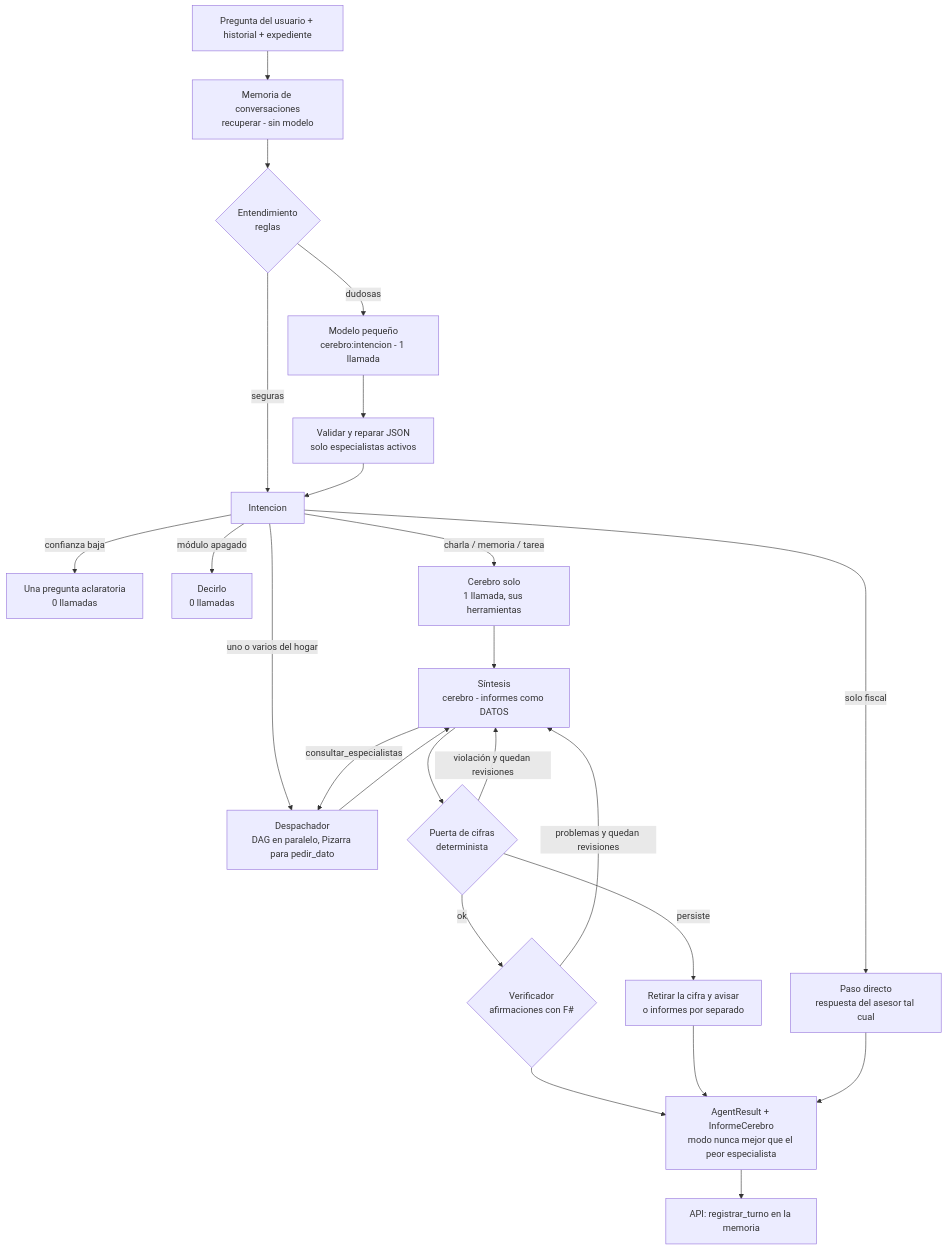
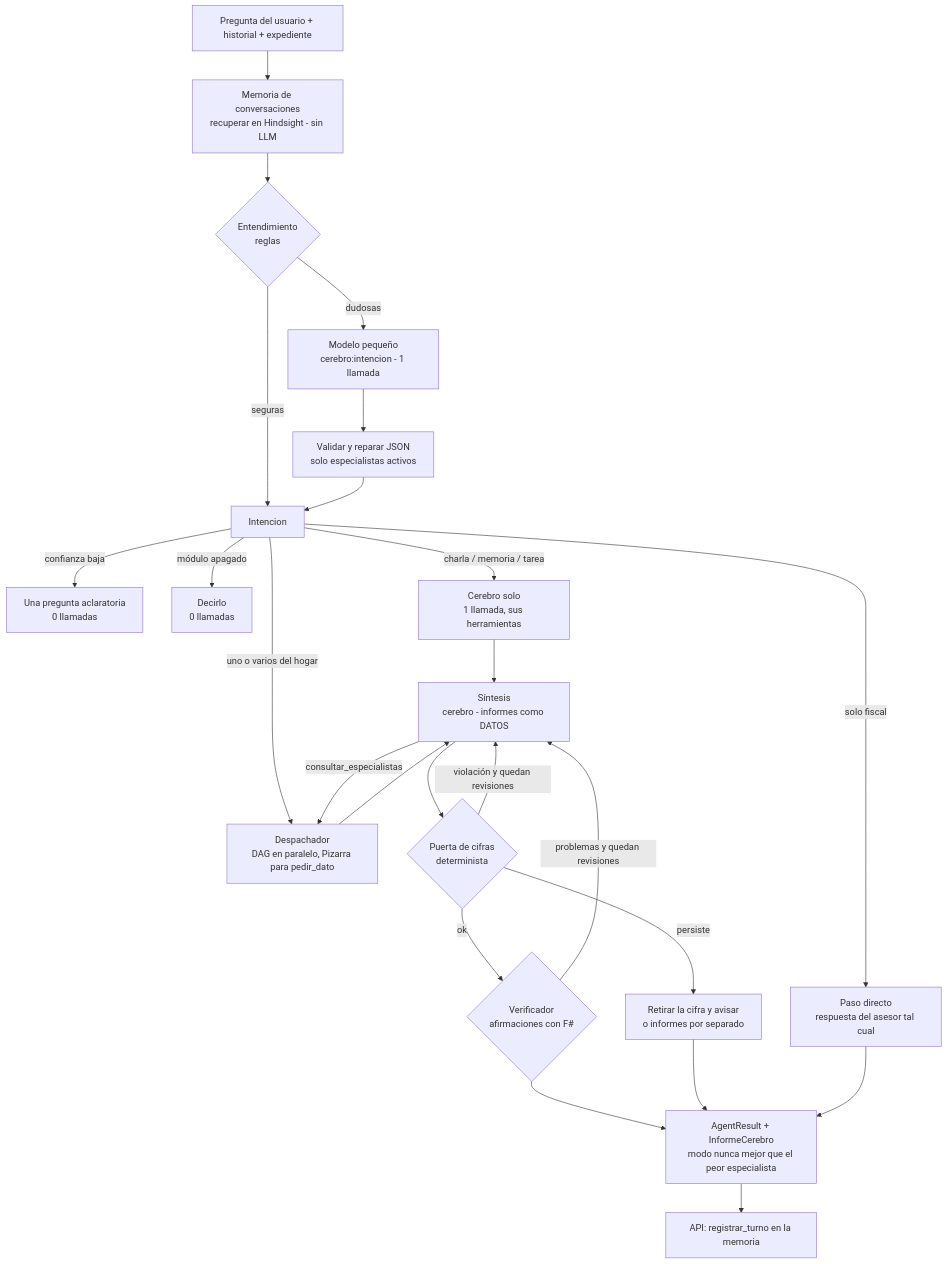
One commit to DioCrafts/cerebro-agentes changed the diagram in docs/cerebro/arquitectura.md. Above: the diagram before and after it, drawn with Mermaid. The commit also changed other lines of this file and 80 other files, not shown here.

First line of the commit message:
Sustituye la memoria de conversaciones por Hindsight

````diff
--- a/docs/cerebro/arquitectura.md
+++ b/docs/cerebro/arquitectura.md
@@ -29,26 +29,26 @@
 ```mermaid
 flowchart TD
-    Q[Pregunta del usuario + historial + expediente] --> M[Memoria de conversaciones<br/>recuperar - sin modelo]
+    Q[Pregunta del usuario + historial + expediente] --> M[Memoria de conversaciones<br/>recuperar en Hindsight - sin LLM]
     M --> I{Entendimiento<br/>reglas}
     I -- seguras --> P[Intencion]
     I -- dudosas --> IM[Modelo pequeño<br/>cerebro:intencion - 1 llamada]
     IM --> V[Validar y reparar JSON<br/>solo especialistas activos]
     V --> P
     P -- confianza baja --> A[Una pregunta aclaratoria<br/>0 llamadas]
     P -- módulo apagado --> F[Decirlo<br/>0 llamadas]
     P -- charla / memoria / tarea --> D[Cerebro solo<br/>1 llamada, sus herramientas]
     P -- solo fiscal --> PD[Paso directo<br/>respuesta del asesor tal cual]
     P -- uno o varios del hogar --> R[Despachador<br/>DAG en paralelo, Pizarra para pedir_dato]
     R --> S[Síntesis<br/>cerebro - informes como DATOS]
     D --> S
     S -- consultar_especialistas --> R
     S --> G1{Puerta de cifras<br/>determinista}
     G1 -- violación y quedan revisiones --> S
     G1 -- ok --> G2{Verificador<br/>afirmaciones con F#}
     G2 -- problemas y quedan revisiones --> S
     G2 --> FIN[AgentResult + InformeCerebro<br/>modo nunca mejor que el peor especialista]
     G1 -- persiste --> RET[Retirar la cifra y avisar<br/>o informes por separado]
     RET --> FIN
     PD --> FIN
     FIN --> MEM[API: registrar_turno en la memoria]
 ```
````
